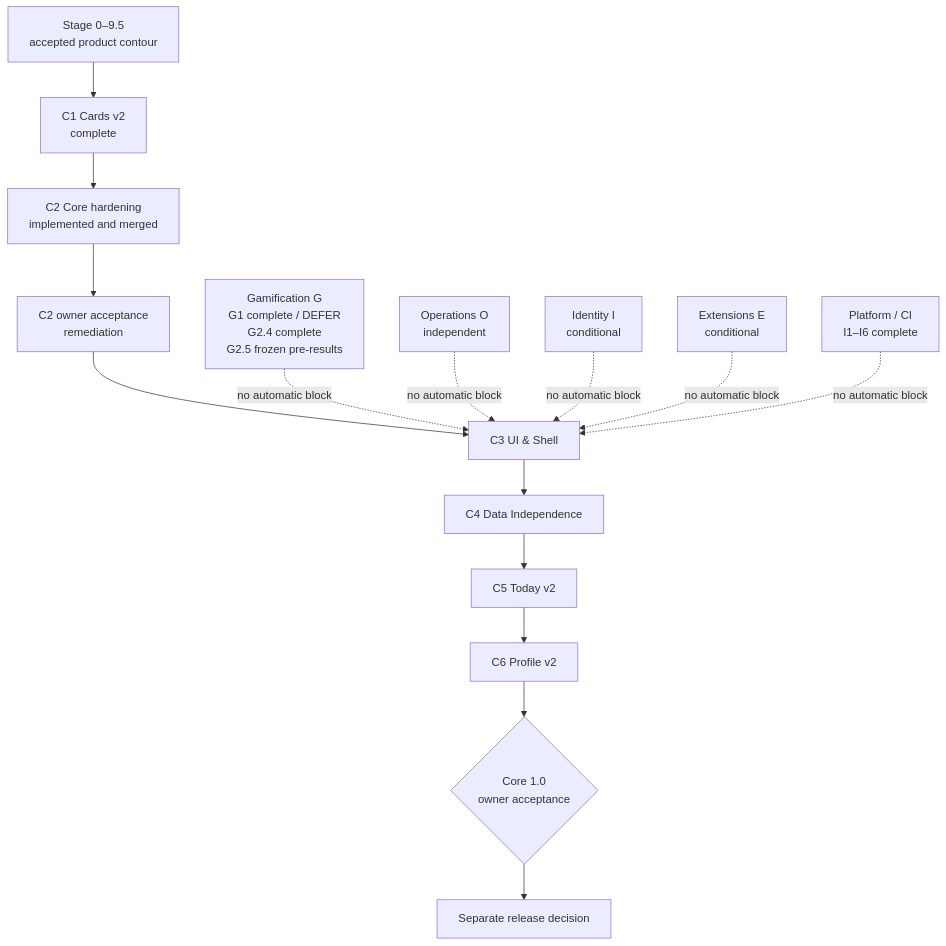
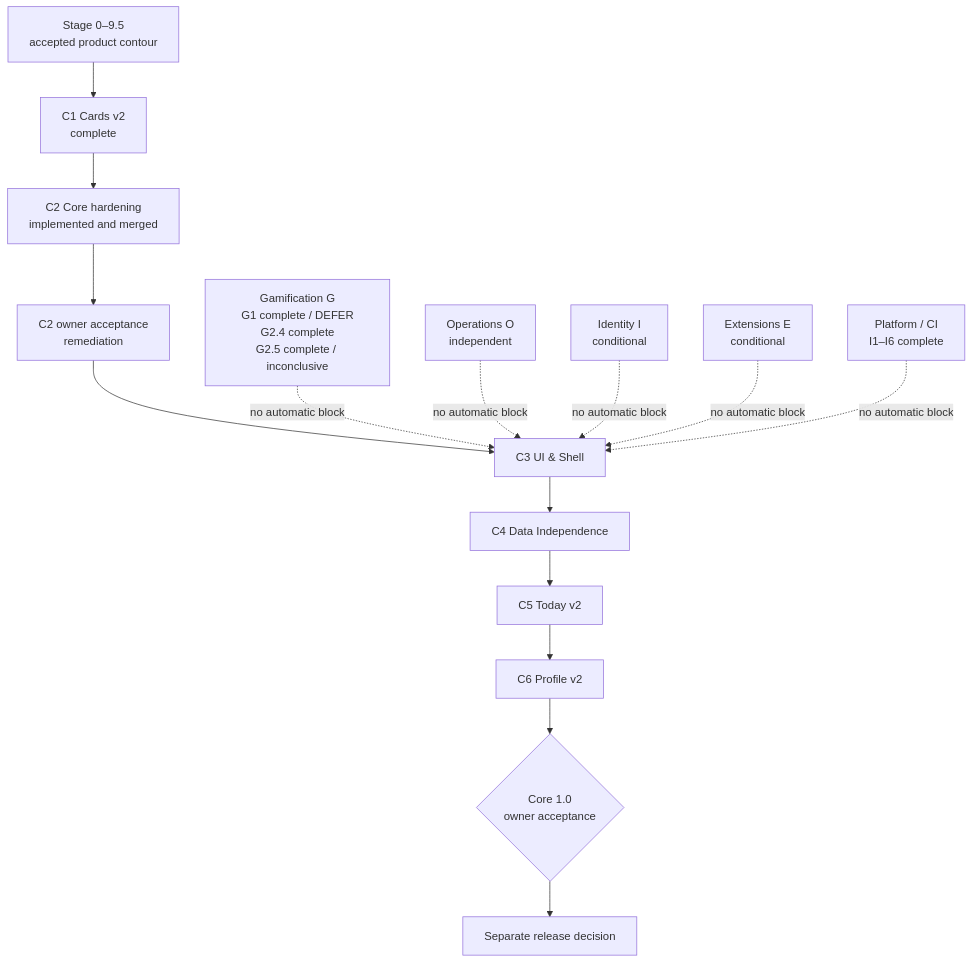
The diagram in roadmap/README.md (AliceLiddell01/anki-study-report), drawn with Mermaid before and after one commit. The commit also changed other lines of this file and 7 other files, not shown here.

````diff
--- a/roadmap/README.md
+++ b/roadmap/README.md
@@ -9,24 +9,24 @@
 ```mermaid
 flowchart TB
     S[Stage 0–9.5<br/>accepted product contour] --> C1[C1 Cards v2<br/>complete]
     C1 --> C2[C2 Core hardening<br/>implemented and merged]
     C2 --> A[C2 owner acceptance<br/>remediation]
     A --> C3[C3 UI & Shell]
     C3 --> C4[C4 Data Independence]
     C4 --> C5[C5 Today v2]
     C5 --> C6[C6 Profile v2]
     C6 --> R{Core 1.0<br/>owner acceptance}
     R --> REL[Separate release decision]
 
-    G[Gamification G<br/>G1 complete / DEFER<br/>G2.4 complete<br/>G2.5 frozen pre-results]
+    G[Gamification G<br/>G1 complete / DEFER<br/>G2.4 complete<br/>G2.5 complete / inconclusive]
     O[Operations O<br/>independent]
     I[Identity I<br/>conditional]
     E[Extensions E<br/>conditional]
     P[Platform / CI<br/>I1–I6 complete]
 
     G -. no automatic block .-> C3
     O -. no automatic block .-> C3
     I -. no automatic block .-> C3
     E -. no automatic block .-> C3
     P -. no automatic block .-> C3
 ```
````
